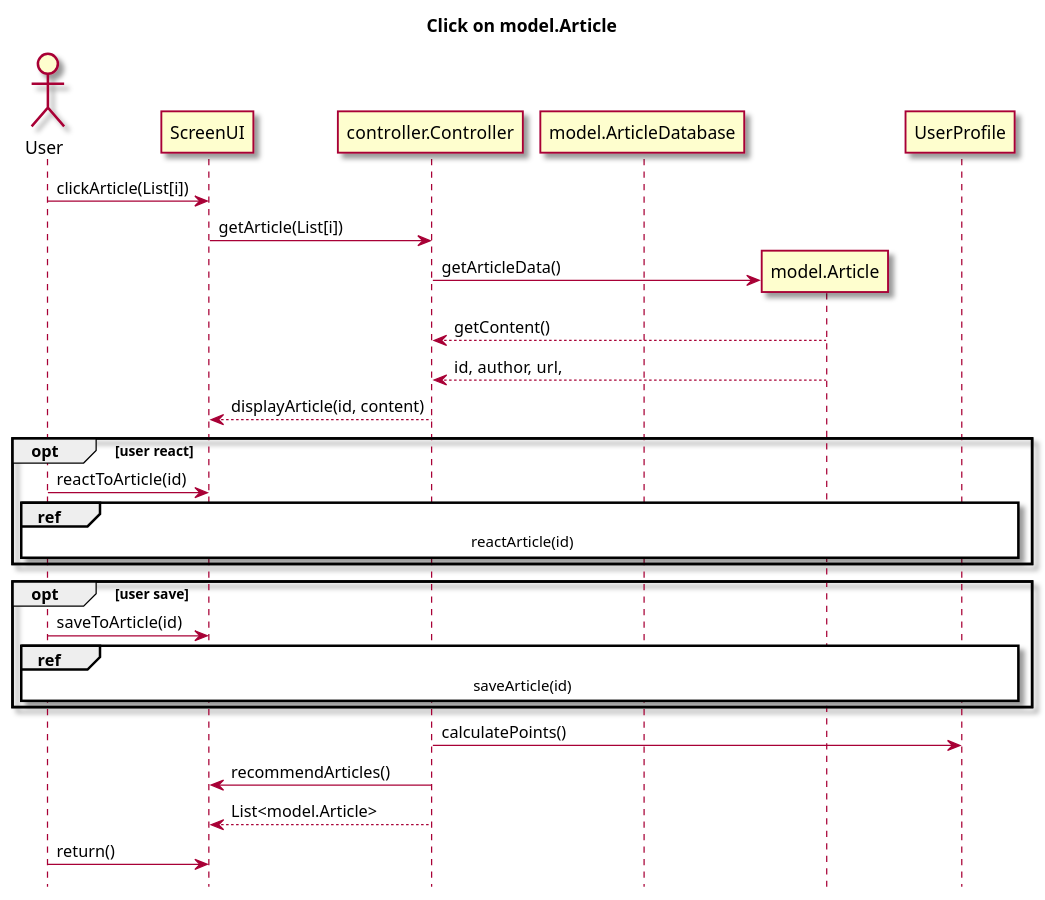
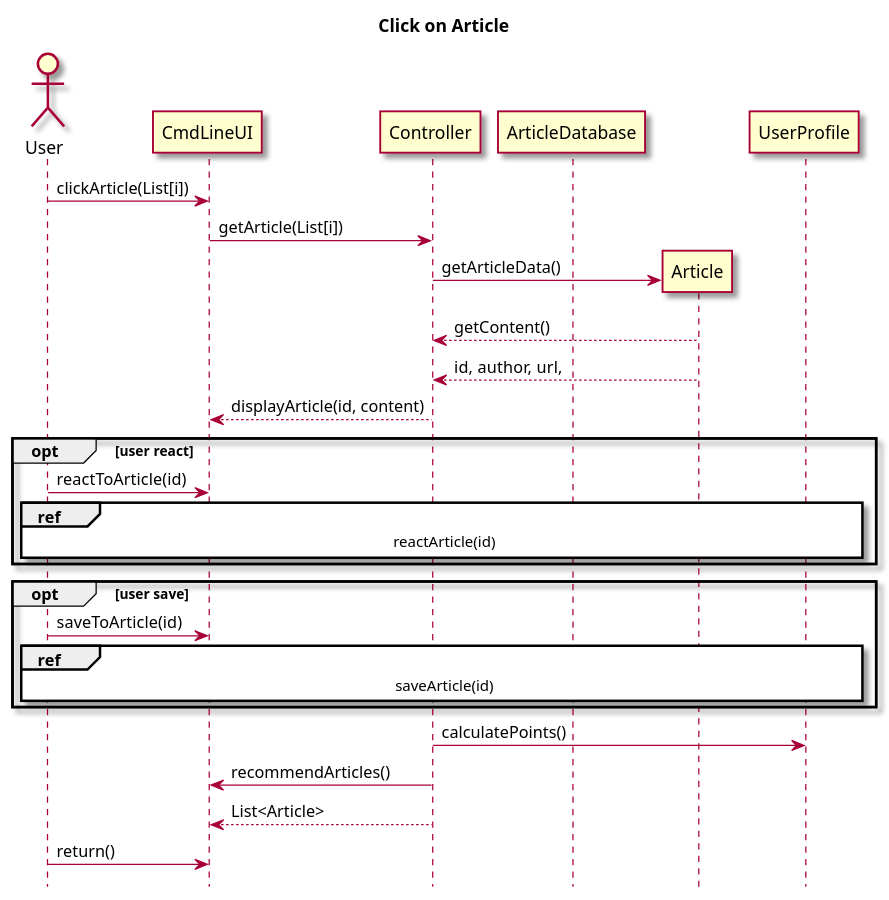
The third of 3 diagrams in intellij/doc/use-cases/access-article.md (owhitleym-ui/EcoScoop), drawn with PlantUML before and after one commit. The commit also changed other lines of this file and 2 other files, not shown here.

Commit message:
Updated Sequence Diagrams and Test Report

````diff
--- a/intellij/doc/use-cases/access-article.md
+++ b/intellij/doc/use-cases/access-article.md
@@ -96,47 +96,47 @@
 ```plantuml
 @startuml
 
-title Click on model.Article
+title Click on Article
 skin rose
 hide footbox
 
 actor User as user
-participant ScreenUI as view.UI
-participant controller.Controller as controller
-participant model.ArticleDatabase as AD
+participant CmdLineUI as UI
+participant Controller as controller
+participant ArticleDatabase as AD
 
 
-user -> view.UI : clickArticle(List[i])
-view.UI -> controller : getArticle(List[i])
-controller -> model.Article ** : getArticleData()
+user -> UI : clickArticle(List[i])
+UI -> controller : getArticle(List[i])
+controller -> Article ** : getArticleData()
 
 
-model.Article --> controller : getContent()
-model.Article --> controller : id, author, url, 
-controller --> view.UI :displayArticle(id, content)
+Article --> controller : getContent()
+Article --> controller : id, author, url, 
+controller --> UI :displayArticle(id, content)
 
 participant UserProfile as UP
 
 opt user react
-user -> view.UI: reactToArticle(id)
-ref over user, controller, view.UI,UP
+user -> UI: reactToArticle(id)
+ref over user, controller, UI,UP
     reactArticle(id)
     end ref
 end
 
 opt user save
-user -> view.UI: saveToArticle(id)
-ref over user, controller, view.UI,UP
+user -> UI: saveToArticle(id)
+ref over user, controller, UI,UP
     saveArticle(id)
     end ref
 end
 
 controller -> UP : calculatePoints()
-controller -> view.UI : recommendArticles()
-controller --> view.UI: List<model.Article>
+controller -> UI : recommendArticles()
+controller --> UI: List<Article>
 
-user -> view.UI: return()
+user -> UI: return()
 
 
 @enduml
 ```
````
